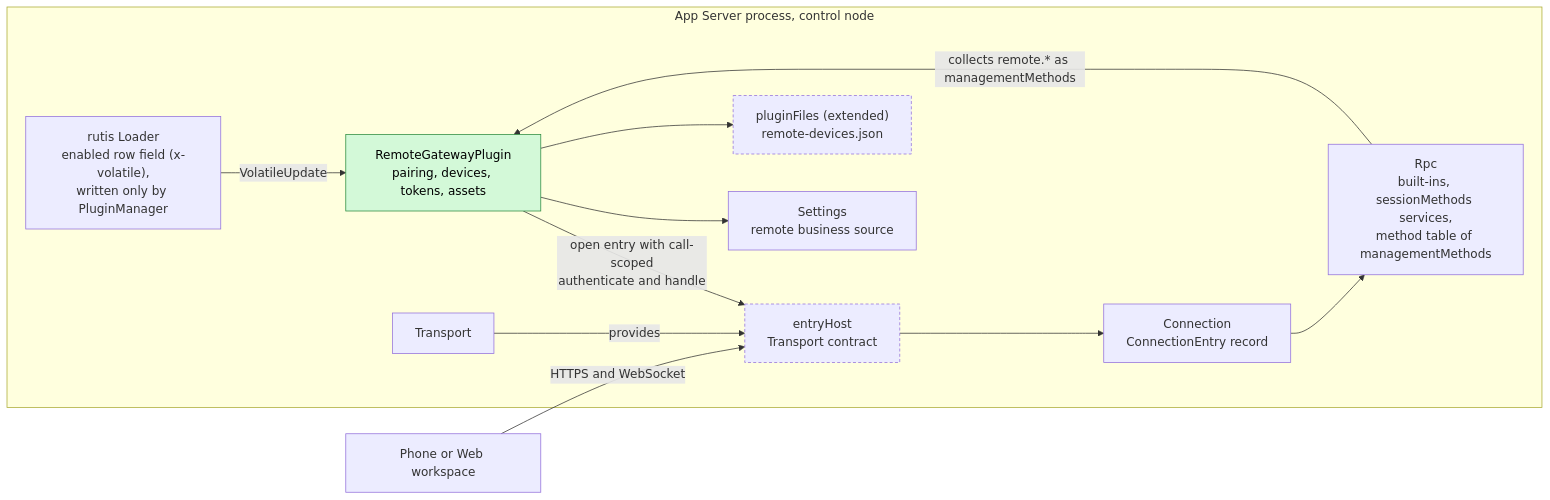
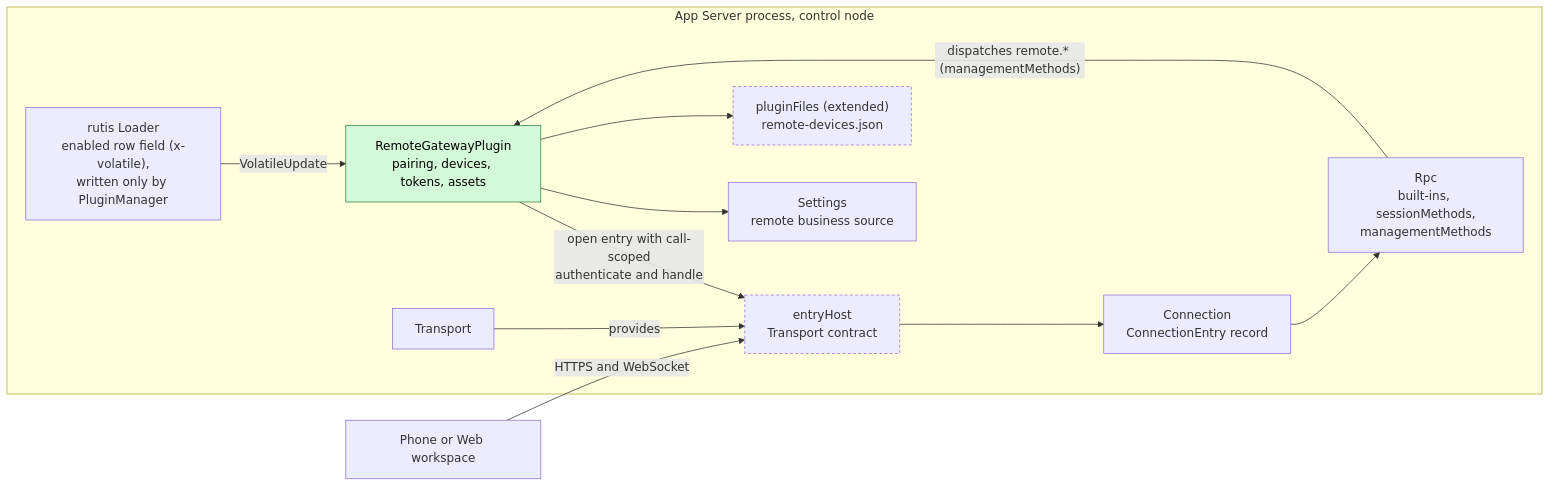
The first of 6 diagrams in docs/design/plugins/RemoteGateway.md (CoutinhoTTS/dim-agent), drawn with Mermaid before and after one commit. The commit also changed other lines of this file and 163 other files, not shown here.

````diff
--- a/docs/design/plugins/RemoteGateway.md
+++ b/docs/design/plugins/RemoteGateway.md
@@ -11,25 +11,25 @@
 ```mermaid
 flowchart LR
   subgraph P["App Server process, control node"]
     RG["RemoteGatewayPlugin<br/>pairing, devices, tokens, assets"]:::new
     EH["entryHost<br/>Transport contract"]:::contract
     TR["Transport"]
     CONN["Connection<br/>ConnectionEntry record"]
-    RPC["Rpc<br/>built-ins, sessionMethods services,<br/>method table of managementMethods"]
+    RPC["Rpc<br/>built-ins, sessionMethods,<br/>managementMethods"]
     SET["Settings<br/>remote business source"]
     LDR["rutis Loader<br/>enabled row field (x-volatile),<br/>written only by PluginManager"]
     PST["pluginFiles (extended)<br/>remote-devices.json"]:::contract
   end
   DEV["Phone or Web workspace"]
   DEV -->|"HTTPS and WebSocket"| EH
   RG -->|"open entry with call-scoped<br/>authenticate and handle"| EH
   TR -->|"provides"| EH
   EH --> CONN
   CONN --> RPC
-  RPC -->|"collects remote.* as managementMethods"| RG
+  RPC -->|"dispatches remote.* (managementMethods)"| RG
   RG --> SET
   LDR -->|"VolatileUpdate"| RG
   RG --> PST
   classDef new fill:#d3f9d8,stroke:#2b8a3e,color:#000
   classDef contract stroke-dasharray:4 3
 ```
````
